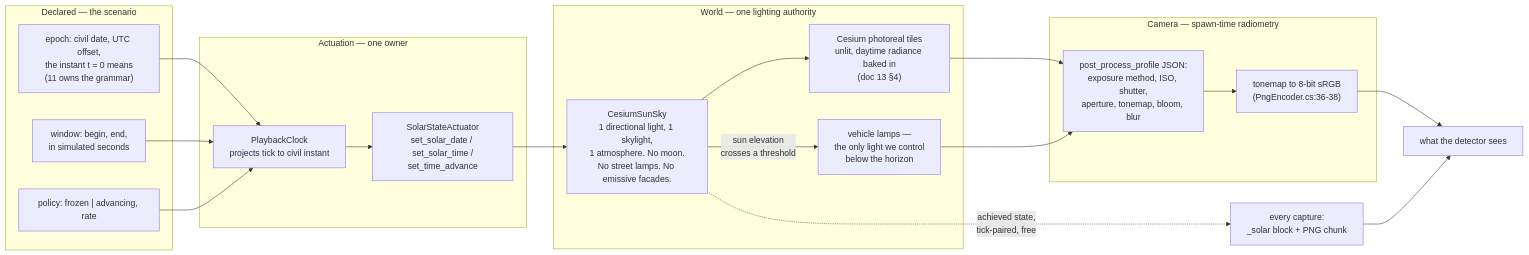
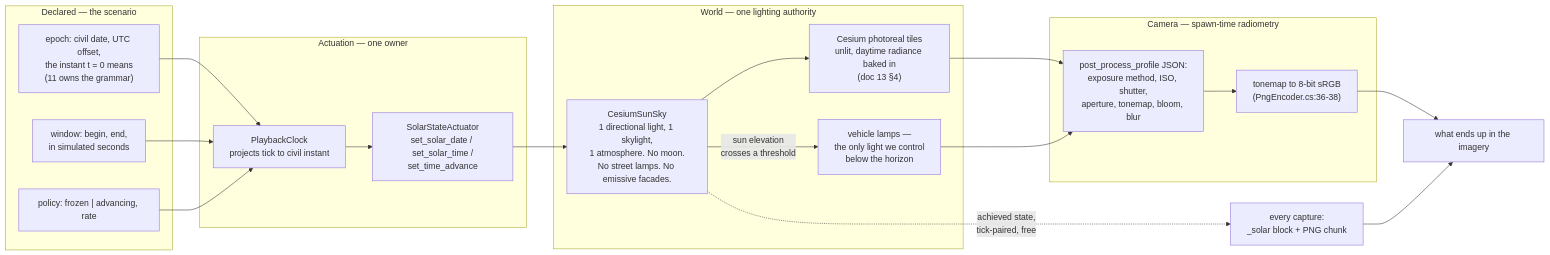
Before and after one commit to sbrett9/carla: the second of 6 diagrams in Docs/CAT_Research/Plans/SUMO_Behavioral_Capture/08_Collection_And_EPoL.md, drawn with Mermaid. The commit also changed other lines of this file and 10 other files, not shown here.

````diff
--- a/Docs/CAT_Research/Plans/SUMO_Behavioral_Capture/08_Collection_And_EPoL.md
+++ b/Docs/CAT_Research/Plans/SUMO_Behavioral_Capture/08_Collection_And_EPoL.md
@@ -772,41 +846,41 @@
 ```mermaid
 flowchart LR
     subgraph DECL["Declared — the scenario"]
         EPOCH["epoch: civil date, UTC offset,<br/>the instant t = 0 means<br/>(11 owns the grammar)"]
         WIN["window: begin, end,<br/>in simulated seconds"]
         POL["policy: frozen | advancing, rate"]
     end
 
     subgraph ACT["Actuation — one owner"]
         CLK["PlaybackClock<br/>projects tick to civil instant"]
         SA["SolarStateActuator<br/>set_solar_date / set_solar_time /<br/>set_time_advance"]
     end
 
     subgraph WORLDL["World — one lighting authority"]
         SKY["CesiumSunSky<br/>1 directional light, 1 skylight,<br/>1 atmosphere. No moon.<br/>No street lamps. No emissive facades."]
         TILES["Cesium photoreal tiles<br/>unlit, daytime radiance baked in<br/>(doc 13 §4)"]
         LAMPS["vehicle lamps —<br/>the only light we control<br/>below the horizon"]
     end
 
     subgraph CAM["Camera — spawn-time radiometry"]
         PP["post_process_profile JSON:<br/>exposure method, ISO, shutter,<br/>aperture, tonemap, bloom, blur"]
         TONE["tonemap to 8-bit sRGB<br/>(PngEncoder.cs:36-38)"]
     end
 
-    OUT["what the detector sees"]
+    OUT["what ends up in the imagery"]
 
     EPOCH --> CLK
     WIN --> CLK
     POL --> CLK
     CLK --> SA
     SA --> SKY
     SKY --> TILES
     SKY -->|"sun elevation<br/>crosses a threshold"| LAMPS
     TILES --> PP
     LAMPS --> PP
     PP --> TONE
     TONE --> OUT
 
     SKY -.->|"achieved state,<br/>tick-paired, free"| REC["every capture:<br/>_solar block + PNG chunk"]
     REC --> OUT
 ```
````
